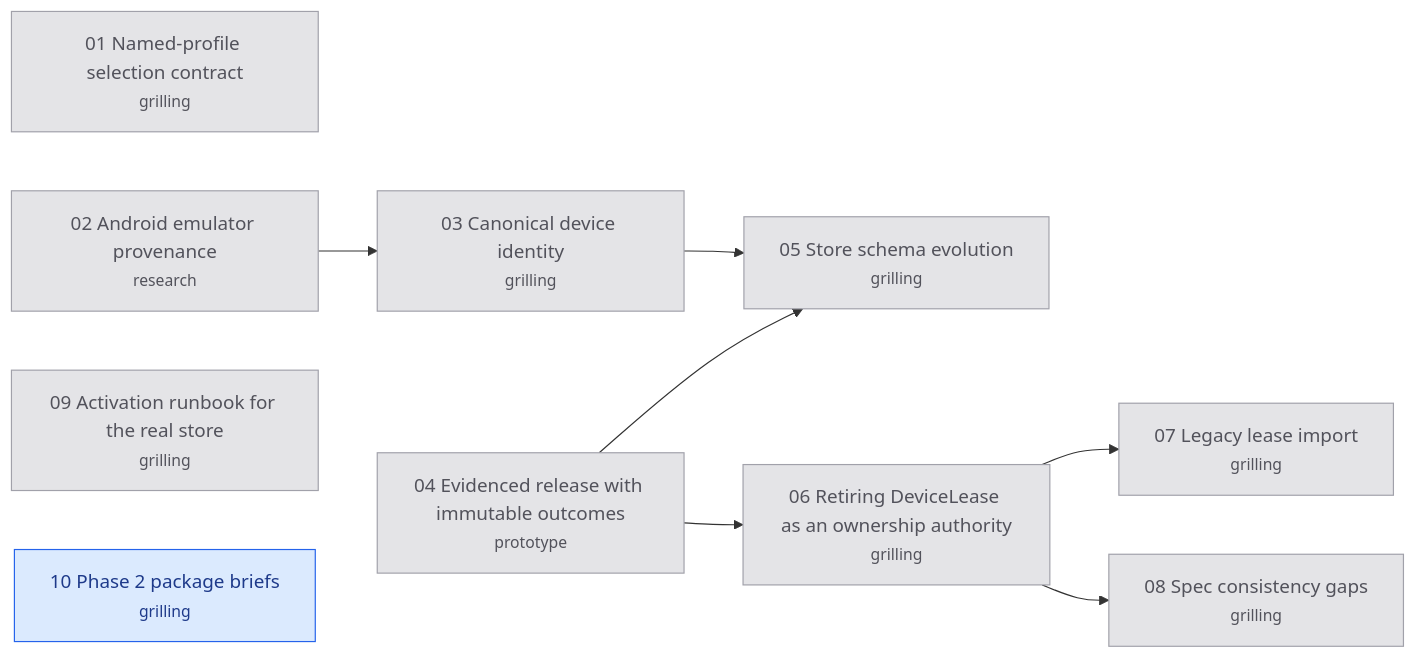
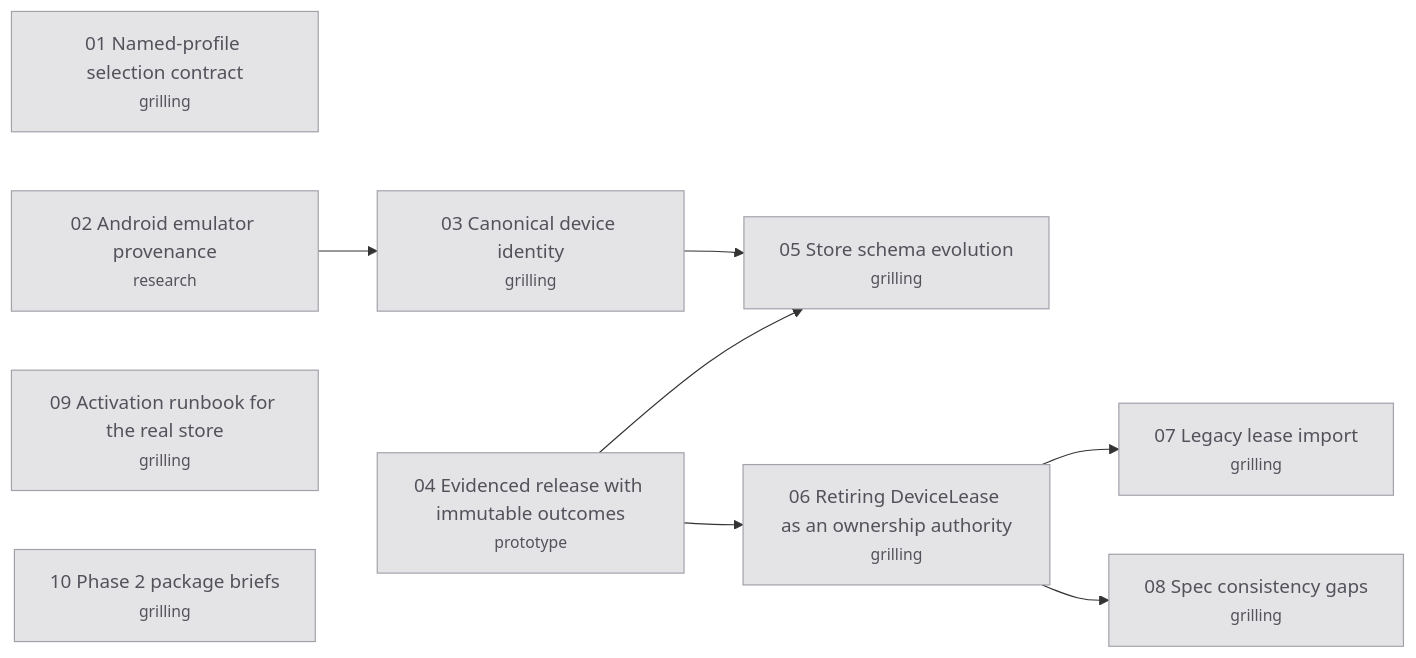
The diagram in .scratch/appium-phase2/map.md (hugues-vnsgn/jev-ios-bridge), drawn with Mermaid before and after one commit. The commit also changed other lines of this file and 1 other file, not shown here.

Commit message:
Resolve Phase 2 package briefs and close the map

````diff
--- a/.scratch/appium-phase2/map.md
+++ b/.scratch/appium-phase2/map.md
@@ -46,25 +47,24 @@
 ```mermaid
 flowchart LR
     T01["01 Named-profile selection contract<br/><small>grilling</small>"]
     T02["02 Android emulator provenance<br/><small>research</small>"]
     T03["03 Canonical device identity<br/><small>grilling</small>"]
     T04["04 Evidenced release with immutable outcomes<br/><small>prototype</small>"]
     T05["05 Store schema evolution<br/><small>grilling</small>"]
     T06["06 Retiring DeviceLease as an ownership authority<br/><small>grilling</small>"]
     T07["07 Legacy lease import<br/><small>grilling</small>"]
     T08["08 Spec consistency gaps<br/><small>grilling</small>"]
     T09["09 Activation runbook for the real store<br/><small>grilling</small>"]
     T10["10 Phase 2 package briefs<br/><small>grilling</small>"]
     T02 --> T03
     T03 --> T05
     T04 --> T05
     T04 --> T06
     T06 --> T07
     T06 --> T08
     classDef resolved fill:#e4e4e7,stroke:#a1a1aa,color:#52525b
     classDef claimed fill:#dbeafe,stroke:#2563eb,color:#1e3a8a
     classDef frontier fill:#dcfce7,stroke:#16a34a,color:#14532d,stroke-width:2px
     classDef blocked fill:#ffffff,stroke:#a1a1aa,color:#18181b
-    class T01,T02,T03,T04,T05,T06,T07,T08,T09 resolved
-    class T10 claimed
+    class T01,T02,T03,T04,T05,T06,T07,T08,T09,T10 resolved
 ```
````
